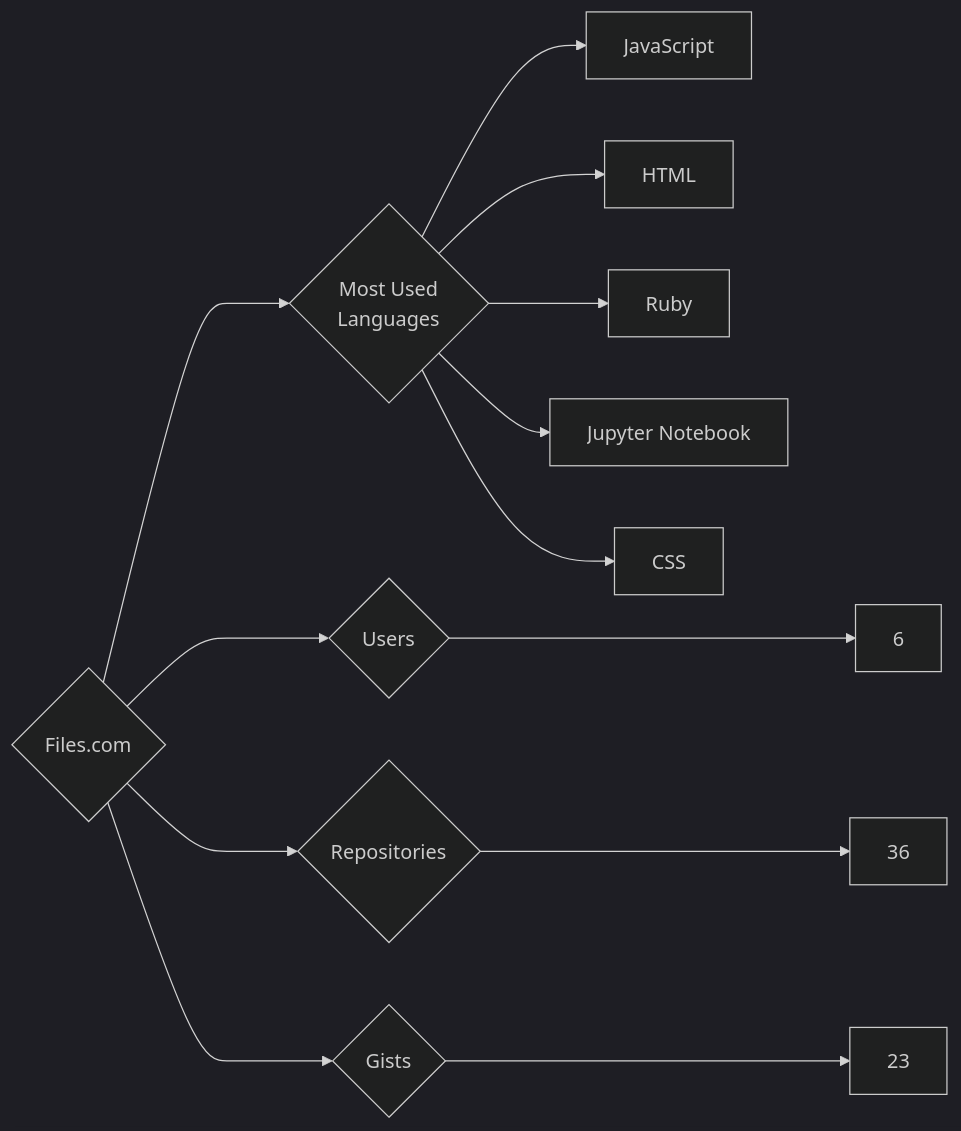
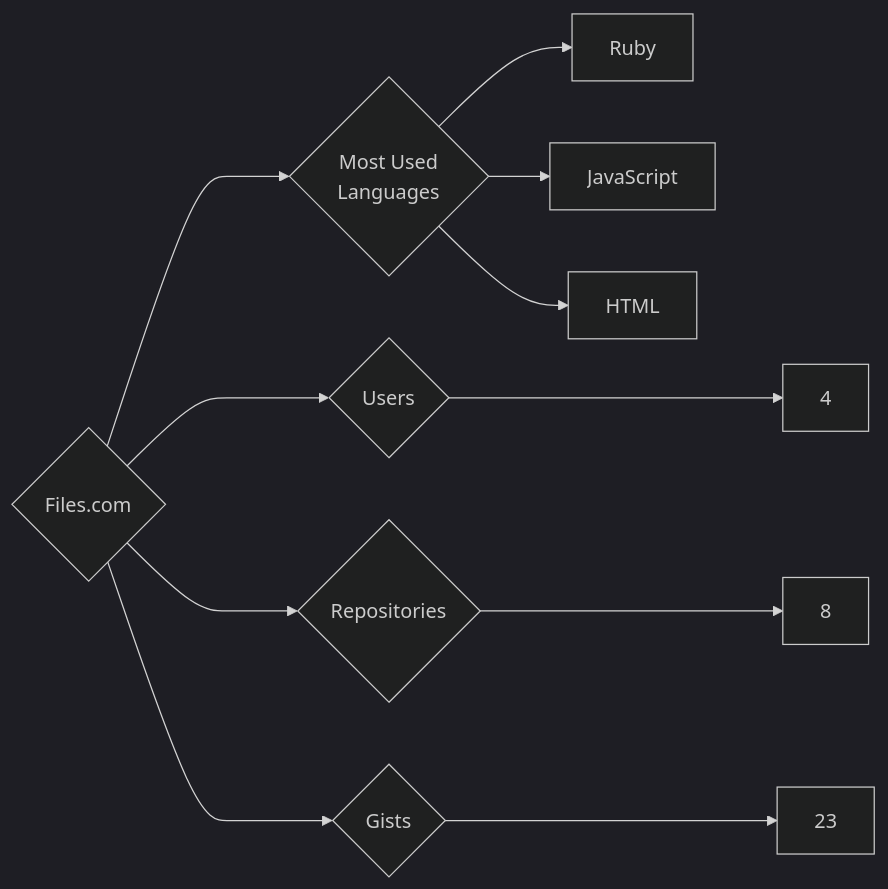
One commit to trickest/insiders changed the diagram in targets/Files.com/README.md. Above: the diagram before and after it, drawn with Mermaid (dark theme). The commit also changed 1170 other files, not shown here.

````diff
--- a/targets/Files.com/README.md
+++ b/targets/Files.com/README.md
@@ -3,13 +3,11 @@
 ```mermaid
 graph LR
 COMPANY_NAME{Files.com}
-COMPANY_NAME ---> U{Users} ---> UN[6]
-COMPANY_NAME ---> R{Repositories} ---> RN[36]
+COMPANY_NAME ---> U{Users} ---> UN[4]
+COMPANY_NAME ---> R{Repositories} ---> RN[8]
 COMPANY_NAME ---> G{Gists} ---> GN[23]
 COMPANY_NAME ---> ML{Most Used<br>Languages}
+ML --> Ruby[Ruby]
 ML --> JavaScript[JavaScript]
 ML --> HTML[HTML]
-ML --> Ruby[Ruby]
-ML --> Jupyter_Notebook[Jupyter Notebook]
-ML --> CSS[CSS]
 ```
````
